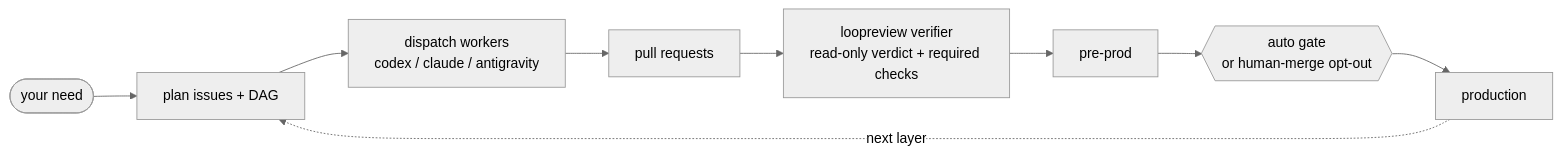
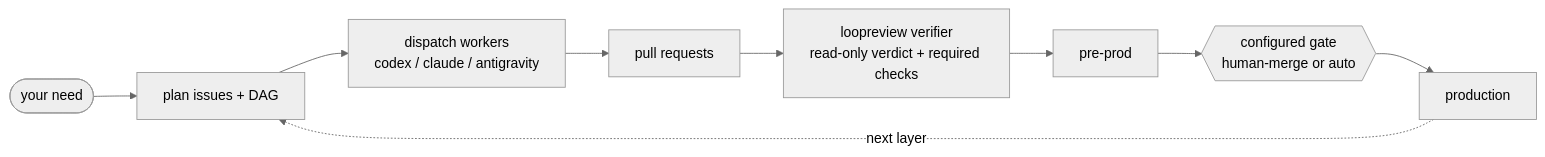
The diagram in README.md (jasonhnd/loopcoder), drawn with Mermaid (neutral theme) before and after one commit. The commit also changed other lines of this file and 2 other files, not shown here.

Commit message:
Harvest issue #622 from hung worker: docs: distinguish new-scaffold human-merge default from legacy empty-gate auto normalization

````diff
--- a/README.md
+++ b/README.md
@@ -26,11 +26,11 @@
 ```mermaid
 flowchart LR
   need([your need]) --> plan[plan issues + DAG]
   plan --> dispatch[dispatch workers<br/>codex / claude / antigravity]
   dispatch --> pr[pull requests]
   pr --> review[loopreview verifier<br/>read-only verdict + required checks]
   review --> preprod[pre-prod]
-  preprod --> gate{{auto gate<br/>or human-merge opt-out}}
+  preprod --> gate{{configured gate<br/>human-merge or auto}}
   gate --> prod[production]
   prod -. next layer .-> plan
 ```
````
